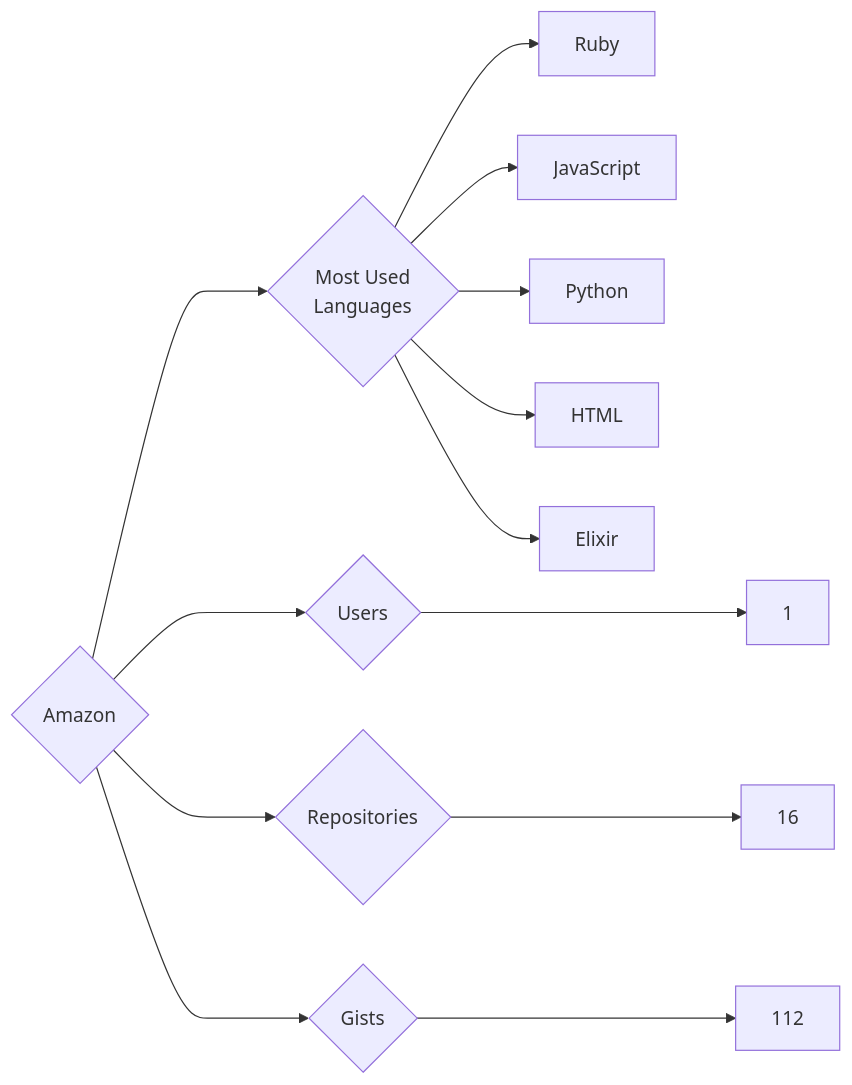
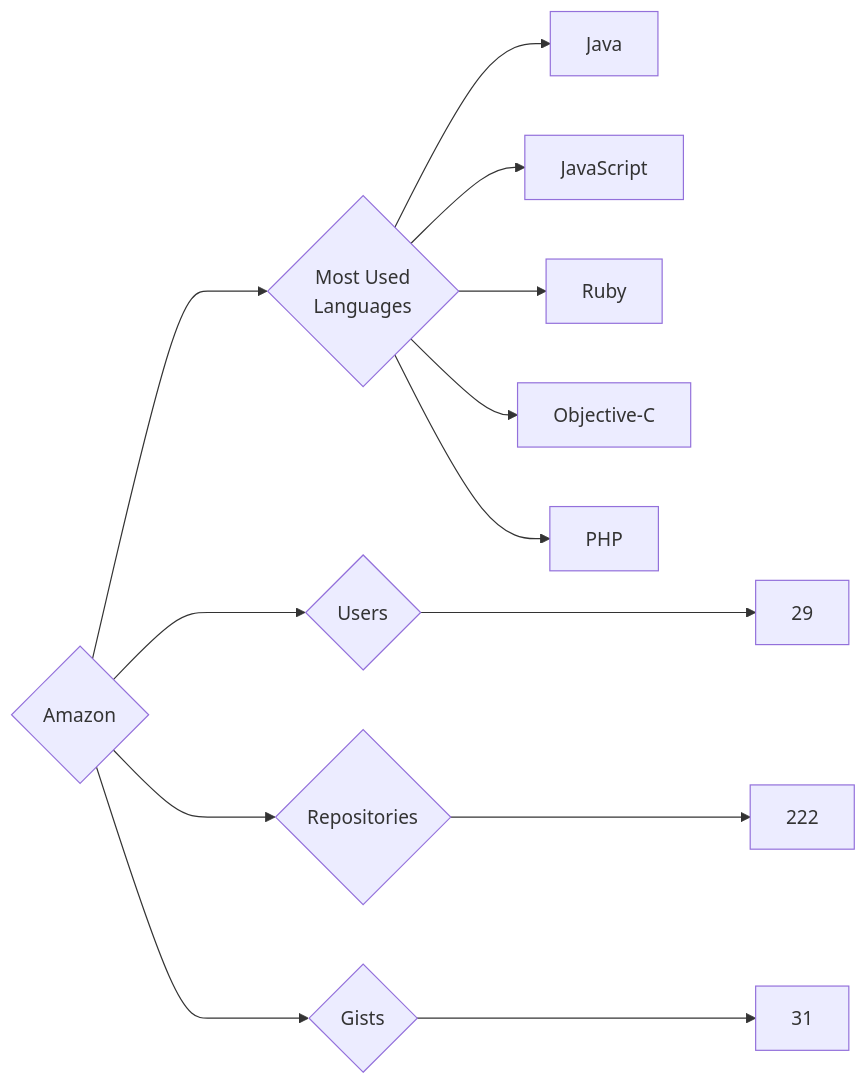
One commit to trickest/insiders changed the diagram in targets/Amazon/README.md. Above: the diagram before and after it, drawn with Mermaid. The commit also changed 951 other files, not shown here.

````diff
--- a/targets/Amazon/README.md
+++ b/targets/Amazon/README.md
@@ -3,13 +3,13 @@
 ```mermaid
 graph LR
 COMPANY_NAME{Amazon}
-COMPANY_NAME ---> U{Users} ---> UN[1]
-COMPANY_NAME ---> R{Repositories} ---> RN[16]
-COMPANY_NAME ---> G{Gists} ---> GN[112]
+COMPANY_NAME ---> U{Users} ---> UN[29]
+COMPANY_NAME ---> R{Repositories} ---> RN[222]
+COMPANY_NAME ---> G{Gists} ---> GN[31]
 COMPANY_NAME ---> ML{Most Used<br>Languages}
+ML --> Java[Java]
+ML --> JavaScript[JavaScript]
 ML --> Ruby[Ruby]
-ML --> JavaScript[JavaScript]
-ML --> Python[Python]
-ML --> HTML[HTML]
-ML --> Elixir[Elixir]
+ML --> Objective-C[Objective-C]
+ML --> PHP[PHP]
 ```
````
